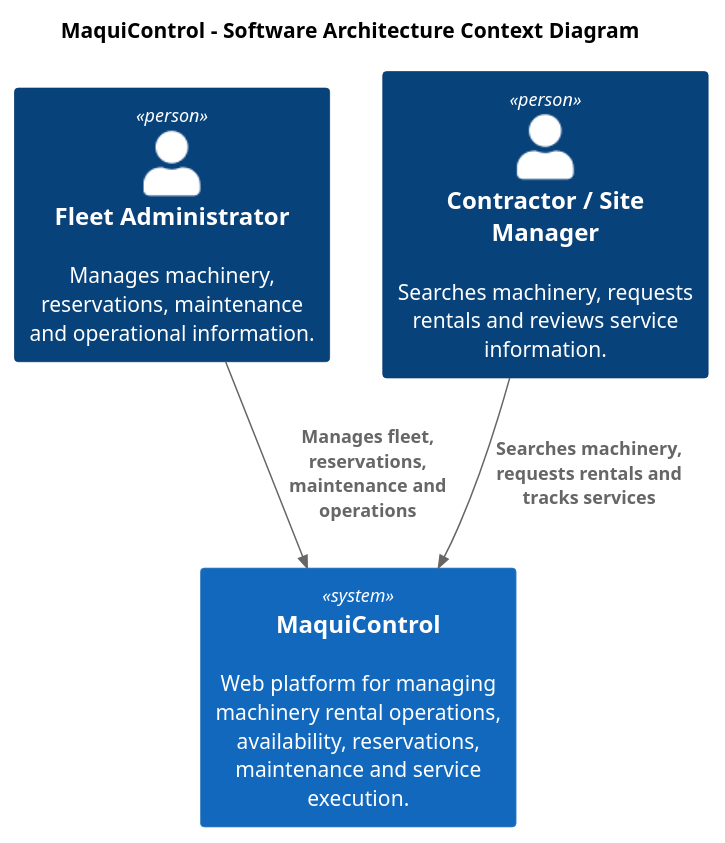
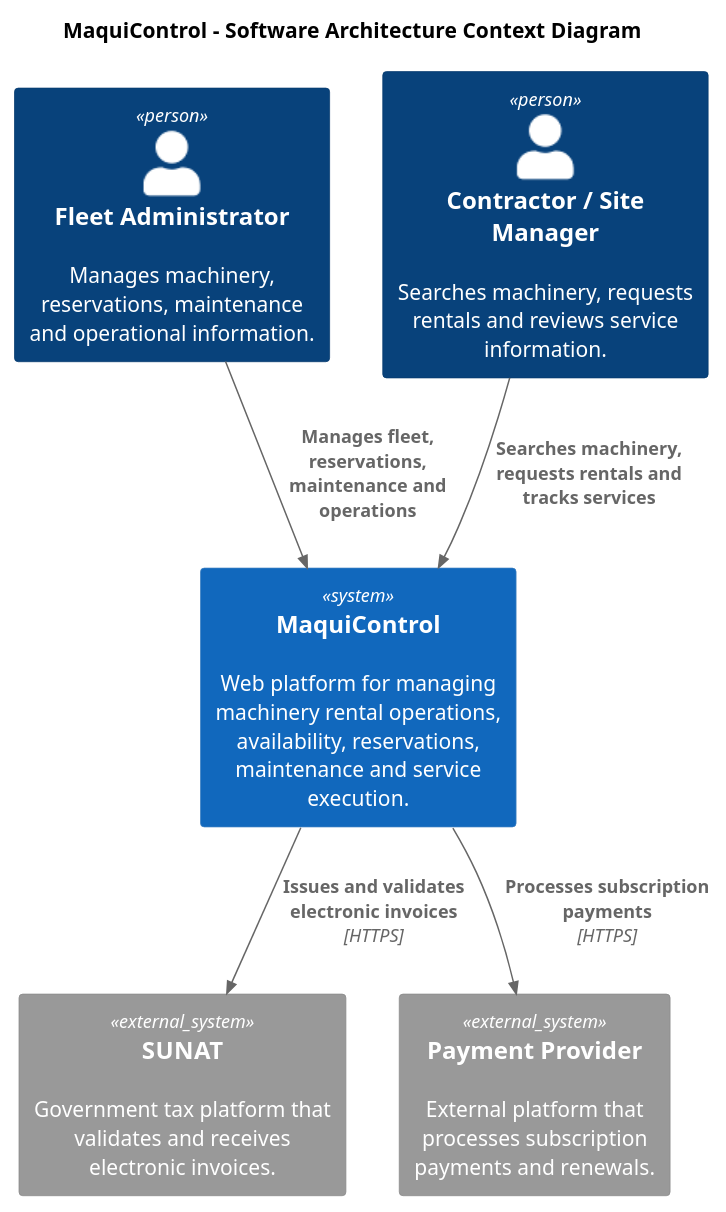
Before and after one commit to AndesHeavyTech/MaquiControl: the diagram in docs/architecture/context.puml, drawn with PlantUML. The commit also changed 20 other files, not shown here.

Commit message:
docs(architecture): correct C4 model and add frontend components

```diff
--- a/docs/architecture/context.puml
+++ b/docs/architecture/context.puml
@@ -1,16 +1,24 @@
 @startuml
 !include <C4/C4_Context>
 
 title MaquiControl - Software Architecture Context Diagram
 
 Person(admin, "Fleet Administrator", "Manages machinery, reservations, maintenance and operational information.")
 
 Person(contractor, "Contractor / Site Manager", "Searches machinery, requests rentals and reviews service information.")
 
 System(maquicontrol, "MaquiControl", "Web platform for managing machinery rental operations, availability, reservations, maintenance and service execution.")
 
+System_Ext(sunat, "SUNAT", "Government tax platform that validates and receives electronic invoices.")
+
+System_Ext(paymentProvider, "Payment Provider", "External platform that processes subscription payments and renewals.")
+
 Rel(admin, maquicontrol, "Manages fleet, reservations, maintenance and operations")
 
 Rel(contractor, maquicontrol, "Searches machinery, requests rentals and tracks services")
 
+Rel(maquicontrol, sunat, "Issues and validates electronic invoices", "HTTPS")
+
+Rel(maquicontrol, paymentProvider, "Processes subscription payments", "HTTPS")
+
 @enduml
```
